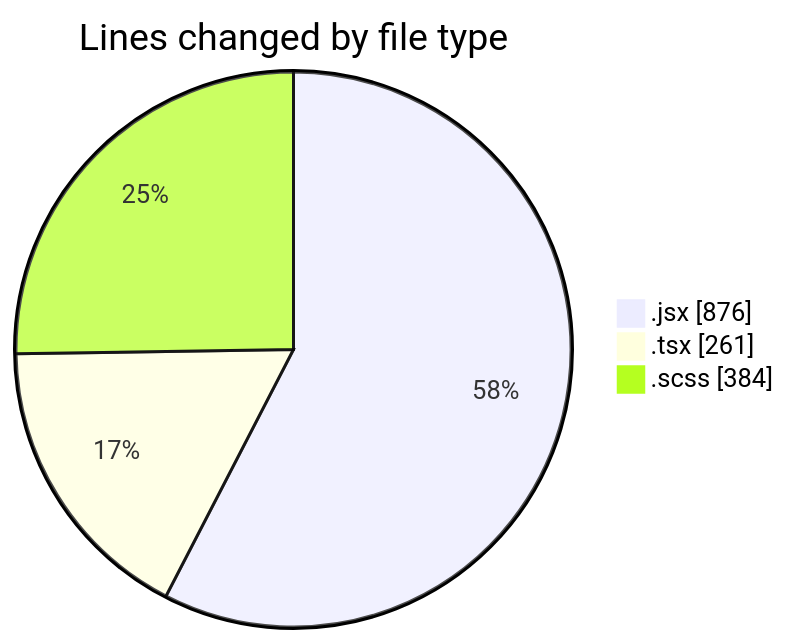
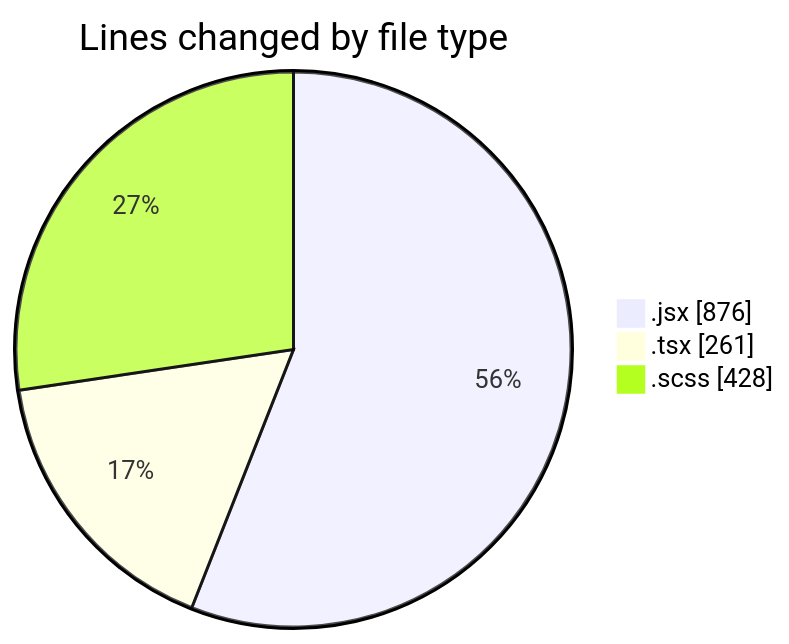
One commit to momahboobian/code-tracking changed the first of 2 diagrams in 2026-02-11/cda/README.md. Above: the diagram before and after it, drawn with Mermaid. The commit also changed other lines of this file and 1 other file, not shown here.

````diff
--- a/2026-02-11/cda/README.md
+++ b/2026-02-11/cda/README.md
@@ -26,7 +26,7 @@
 ```mermaid
 pie showData
 title Lines changed by file type
 ".jsx" : 876
 ".tsx" : 261
-".scss" : 384
+".scss" : 428
 ```
````
